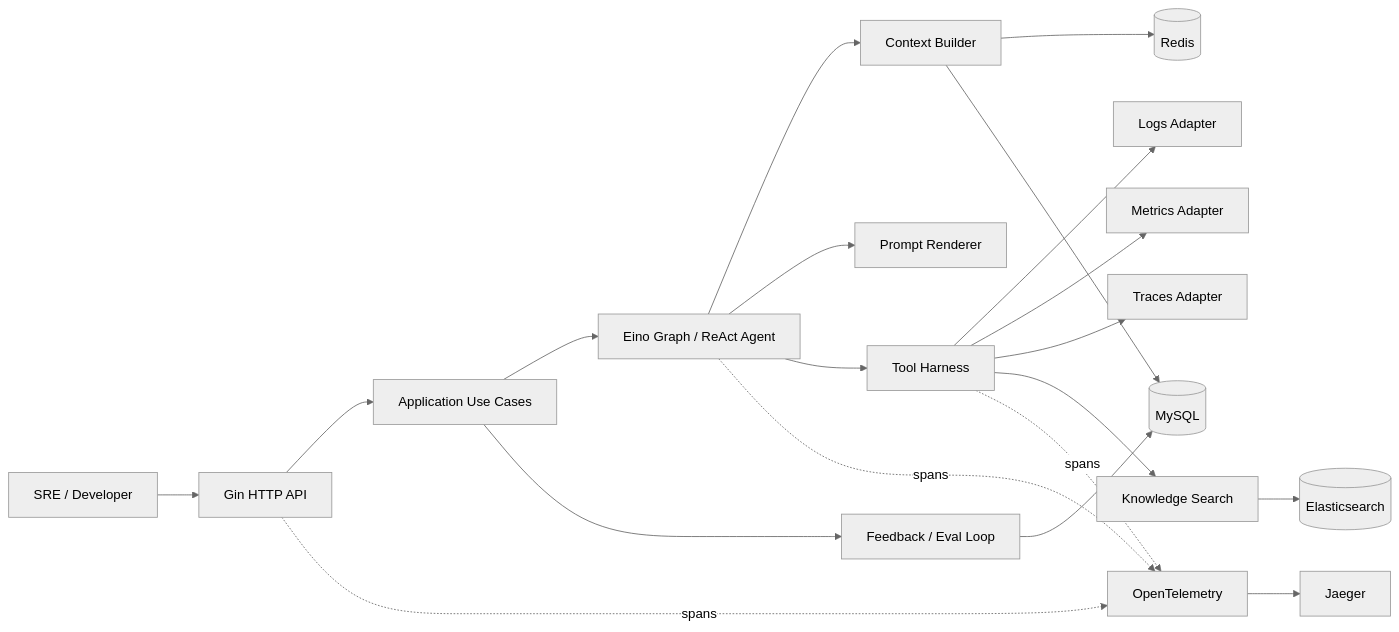
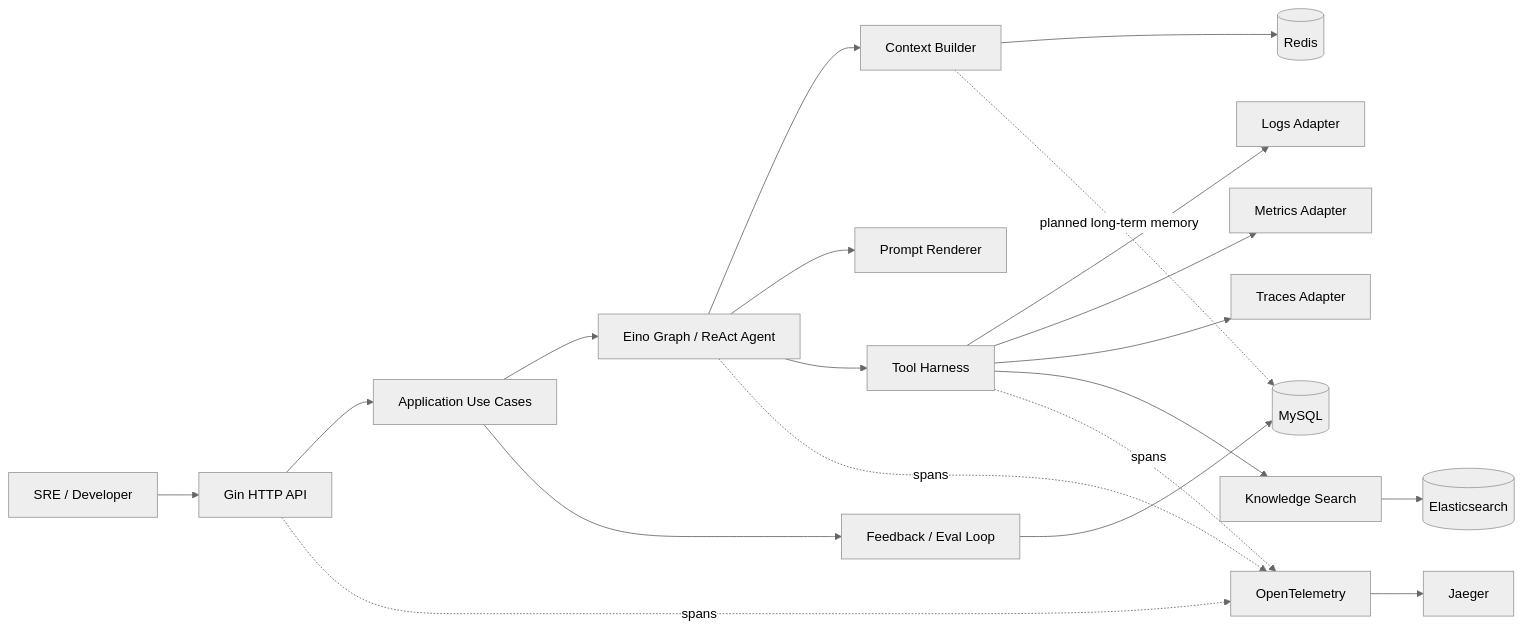
The first of 3 diagrams in docs/ARCHITECTURE.md (jiawei-wang-dev/WatchOps-Lite), drawn with Mermaid (neutral theme) before and after one commit. The commit also changed other lines of this file and 21 other files, not shown here.

````diff
--- a/docs/ARCHITECTURE.md
+++ b/docs/ARCHITECTURE.md
@@ -7,22 +7,22 @@
 ```mermaid
 flowchart LR
     U["SRE / Developer"] --> API["Gin HTTP API"]
     API --> APP["Application Use Cases"]
     APP --> AGENT["Eino Graph / ReAct Agent"]
     AGENT --> CTX["Context Builder"]
     AGENT --> PROMPT["Prompt Renderer"]
     AGENT --> HARNESS["Tool Harness"]
     HARNESS --> LOGS["Logs Adapter"]
     HARNESS --> METRICS["Metrics Adapter"]
     HARNESS --> TRACES["Traces Adapter"]
     HARNESS --> RAG["Knowledge Search"]
     CTX --> REDIS[("Redis")]
-    CTX --> MYSQL[("MySQL")]
+    CTX -. planned long-term memory .-> MYSQL[("MySQL")]
     RAG --> ES[("Elasticsearch")]
     APP --> FEEDBACK["Feedback / Eval Loop"]
     FEEDBACK --> MYSQL
     API -. spans .-> OTEL["OpenTelemetry"]
     AGENT -. spans .-> OTEL
     HARNESS -. spans .-> OTEL
     OTEL --> JAEGER["Jaeger"]
 ```
````
